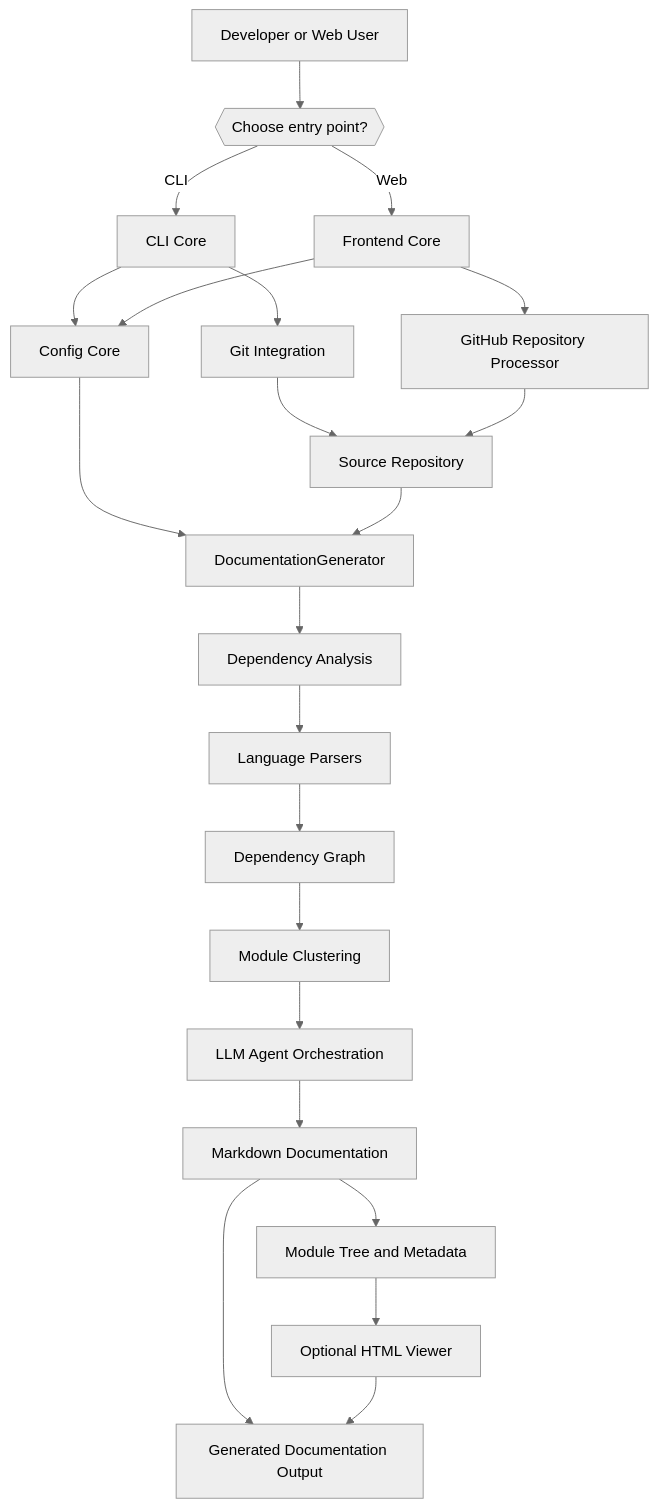
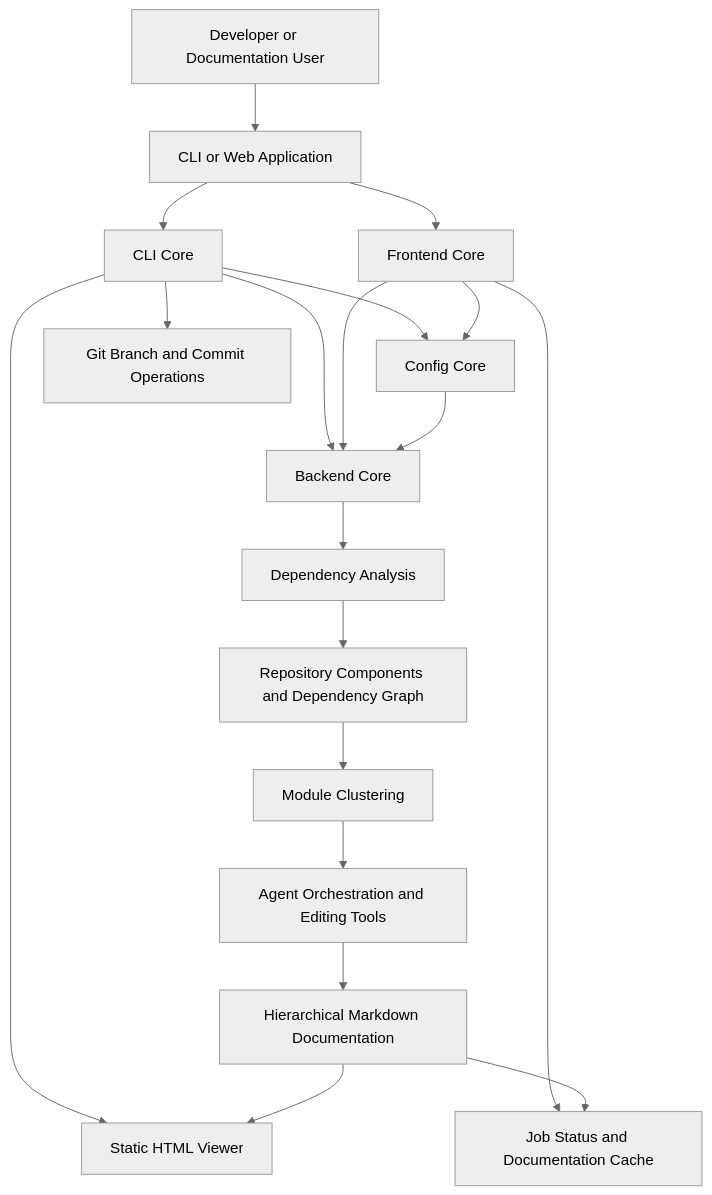
The first of 3 diagrams in docs/reference/architecture/README.md (flamingo-stack/CodeWiki), drawn with Mermaid (neutral theme) before and after one commit. The commit also changed other lines of this file and 275 other files, not shown here.

````diff
--- a/docs/reference/architecture/README.md
+++ b/docs/reference/architecture/README.md
@@ -12,31 +9,28 @@
 ```mermaid
 flowchart TD
-    User["Developer or Web User"] --> Entry{{"Choose entry point?"}}
-    Entry -->|CLI| CLI["CLI Core"]
-    Entry -->|Web| Frontend["Frontend Core"]
+    User["Developer or Documentation User"] --> Entry["CLI or Web Application"]
 
-    CLI --> RuntimeConfig["Config Core"]
-    Frontend --> RuntimeConfig
+    Entry --> CliCore["CLI Core"]
+    Entry --> FrontendCore["Frontend Core"]
 
-    CLI --> GitOps["Git Integration"]
-    Frontend --> RepoProcessor["GitHub Repository Processor"]
+    CliCore --> ConfigCore["Config Core"]
+    FrontendCore --> ConfigCore
 
-    GitOps --> Source["Source Repository"]
-    RepoProcessor --> Source
+    CliCore --> BackendCore["Backend Core"]
+    FrontendCore --> BackendCore
 
-    RuntimeConfig --> Generator["DocumentationGenerator"]
-    Source --> Generator
+    ConfigCore --> BackendCore
 
-    Generator --> Analysis["Dependency Analysis"]
-    Analysis --> Parsers["Language Parsers"]
-    Parsers --> Graph["Dependency Graph"]
+    BackendCore --> Analysis["Dependency Analysis"]
+    Analysis --> Graph["Repository Components and Dependency Graph"]
+    Graph --> Clustering["Module Clustering"]
+    Clustering --> Agents["Agent Orchestration and Editing Tools"]
+    Agents --> Markdown["Hierarchical Markdown Documentation"]
 
-    Graph --> Clustering["Module Clustering"]
-    Clustering --> Agents["LLM Agent Orchestration"]
-    Agents --> Docs["Markdown Documentation"]
+    CliCore --> Html["Static HTML Viewer"]
+    CliCore --> GitOps["Git Branch and Commit Operations"]
 
-    Docs --> Metadata["Module Tree and Metadata"]
-    Metadata --> HTML["Optional HTML Viewer"]
-    Docs --> Output["Generated Documentation Output"]
-    HTML --> Output
+    Markdown --> Html
+    FrontendCore --> Cache["Job Status and Documentation Cache"]
+    Markdown --> Cache
 ```
````
